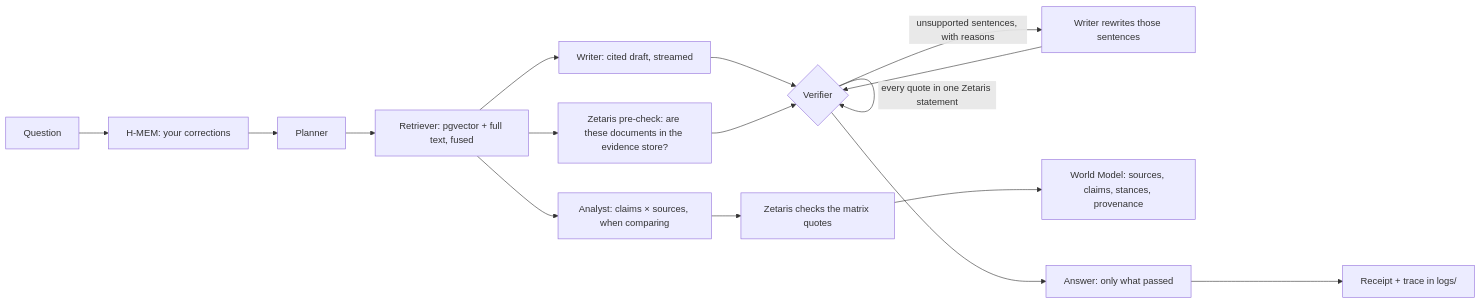
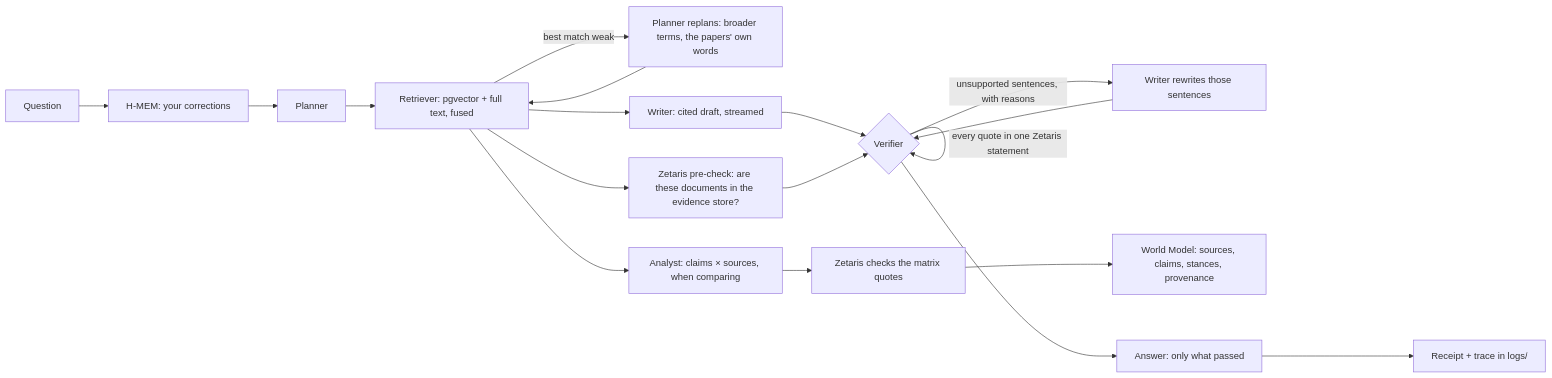
The diagram in README.md (Blockchain-Oracle/konkyo), drawn with Mermaid before and after one commit. The commit also changed other lines of this file and 7 other files, not shown here.

First line of the commit message:
Planner replans when the first search is thin

````diff
--- a/README.md
+++ b/README.md
@@ -72,17 +72,19 @@
 ```mermaid
 flowchart LR
   Q[Question] --> M[H-MEM: your corrections]
   M --> P[Planner]
   P --> R[Retriever: pgvector + full text, fused]
+  R -- best match weak --> P2[Planner replans: broader terms, the papers' own words]
+  P2 --> R
   R --> Z1[Zetaris pre-check: are these documents in the evidence store?]
   R --> W[Writer: cited draft, streamed]
   R --> A[Analyst: claims × sources, when comparing]
   W --> V{Verifier}
   Z1 --> V
   V -- every quote in one Zetaris statement --> V
   V -- unsupported sentences, with reasons --> W2[Writer rewrites those sentences]
   W2 --> V
   V --> F[Answer: only what passed]
   A --> ZA[Zetaris checks the matrix quotes] --> WM[World Model: sources, claims, stances, provenance]
   F --> T[Receipt + trace in logs/]
 ```
````
